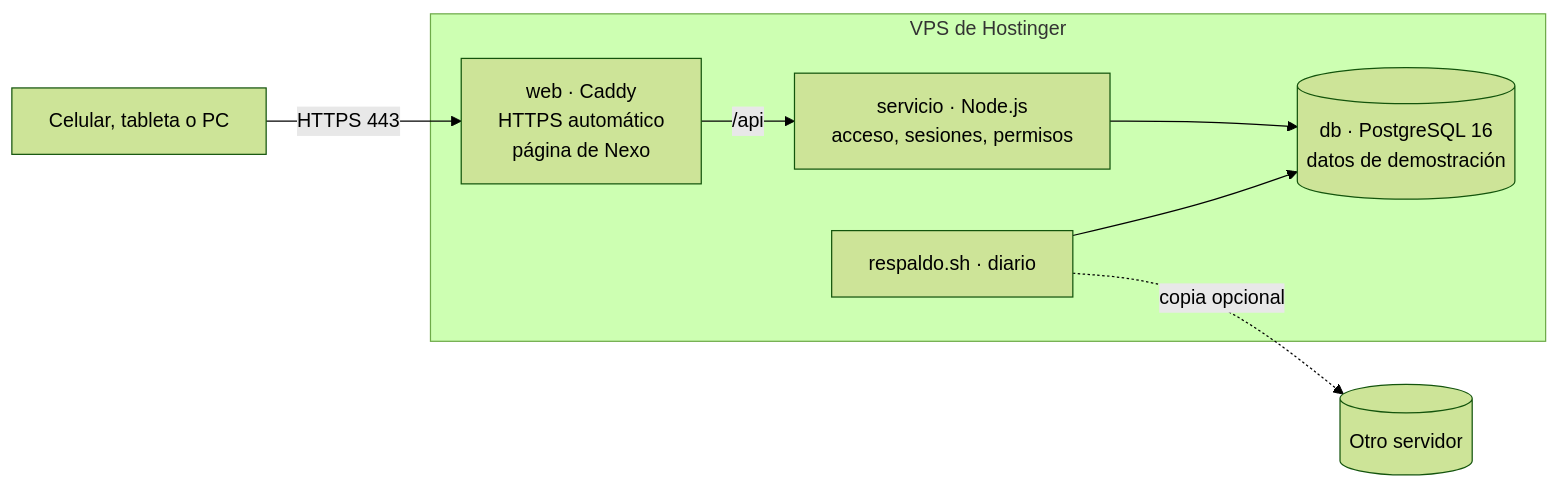
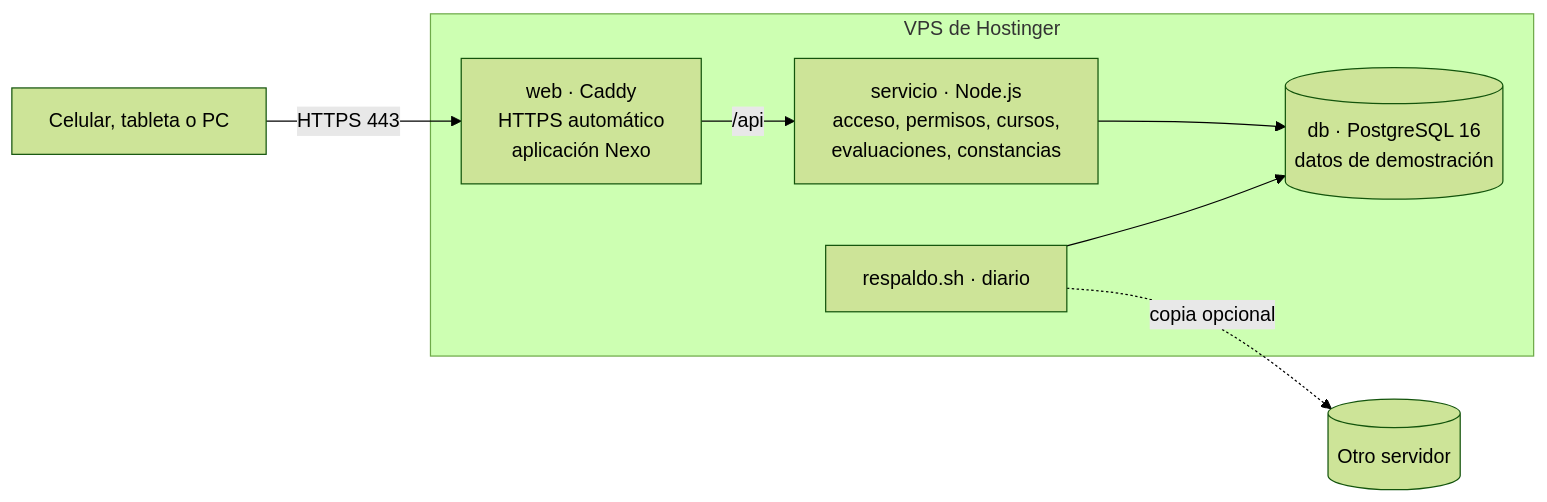
One commit to avlv0119-ai/Capacitacion changed the diagram in despliegue/hostinger/GUIA.md. Above: the diagram before and after it, drawn with Mermaid (forest theme). The commit also changed other lines of this file and 24 other files, not shown here.

````diff
--- a/despliegue/hostinger/GUIA.md
+++ b/despliegue/hostinger/GUIA.md
@@ -31,10 +34,10 @@
 ```mermaid
 flowchart LR
   U[Celular, tableta o PC] -->|HTTPS 443| W
   subgraph VPS de Hostinger
-    W[web · Caddy<br/>HTTPS automático<br/>página de Nexo] -->|/api| S[servicio · Node.js<br/>acceso, sesiones, permisos]
+    W[web · Caddy<br/>HTTPS automático<br/>aplicación Nexo] -->|/api| S[servicio · Node.js<br/>acceso, permisos, cursos,<br/>evaluaciones, constancias]
     S --> D[(db · PostgreSQL 16<br/>datos de demostración)]
     R[respaldo.sh · diario] --> D
   end
   R -.->|copia opcional| X[(Otro servidor)]
 ```
````
